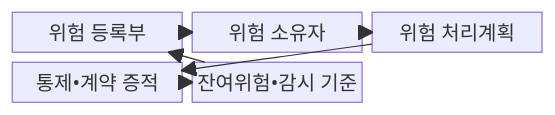
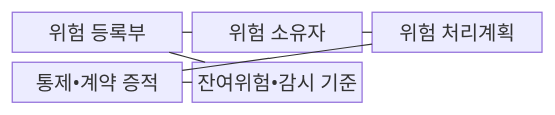
Before and after one commit to agnusdei1207/knowledge-base: the first of 2 diagrams in src/content/docs/notes/05-security/109_risk_treatment.md, drawn with Mermaid. The commit also changed other lines of this file and 493 other files, not shown here.

````diff
--- a/src/content/docs/notes/05-security/109_risk_treatment.md
+++ b/src/content/docs/notes/05-security/109_risk_treatment.md
@@ -63,14 +63,14 @@
 ```mermaid
-block
+block-beta
   columns 3
   R["위험 등록부"]
   O["위험 소유자"]
   P["위험 처리계획"]
   E["통제•계약 증적"]
   M["잔여위험•감시 기준"]
-  R --> O
-  O --> P
-  P --> E
-  E --> M
-  M --> R
+  R --- O
+  O --- P
+  P --- E
+  E --- M
+  M --- R
 ```
````
